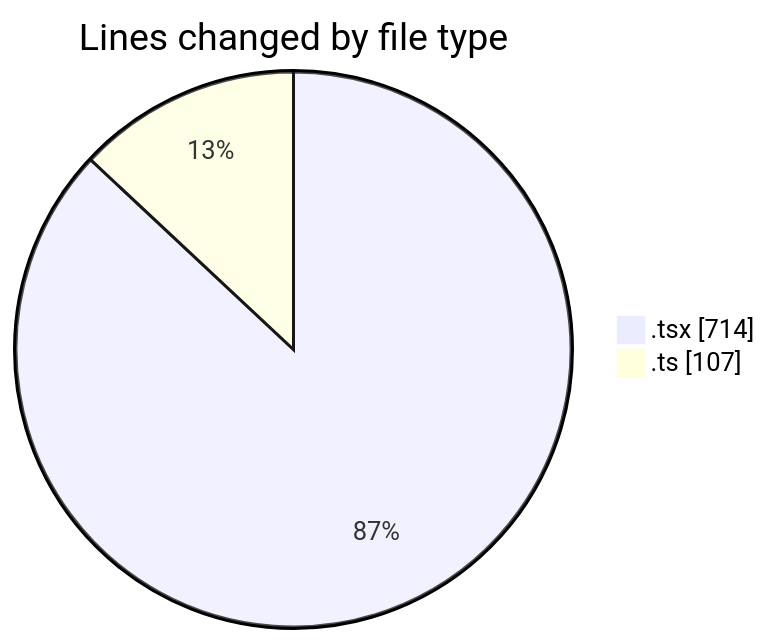
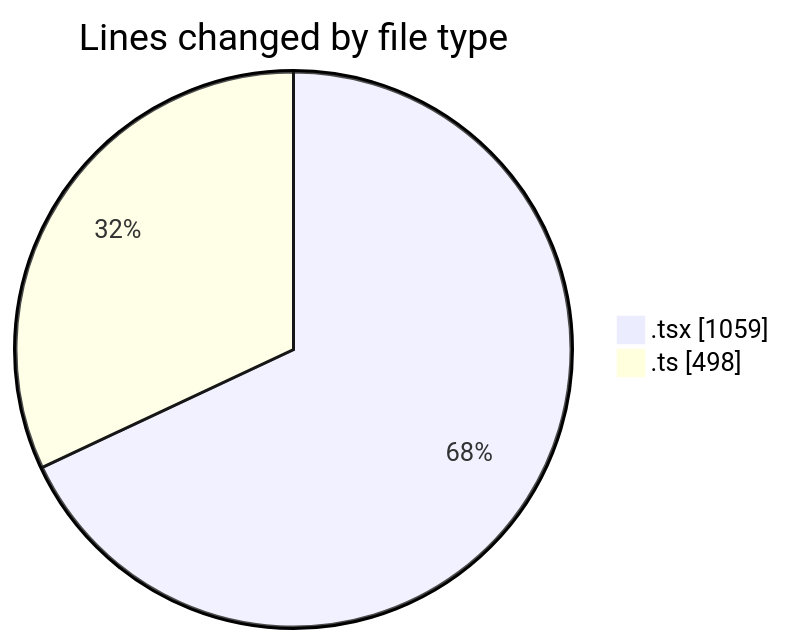
The first of 2 diagrams in 2026-02-20/nxtqube_webapp/README.md (nxtqubesakshisongat/code-tracking), drawn with Mermaid before and after one commit. The commit also changed other lines of this file and 1 other file, not shown here.

````diff
--- a/2026-02-20/nxtqube_webapp/README.md
+++ b/2026-02-20/nxtqube_webapp/README.md
@@ -22,6 +25,6 @@
 ```mermaid
 pie showData
 title Lines changed by file type
-".tsx" : 714
-".ts" : 107
+".tsx" : 1059
+".ts" : 498
 ```
````
